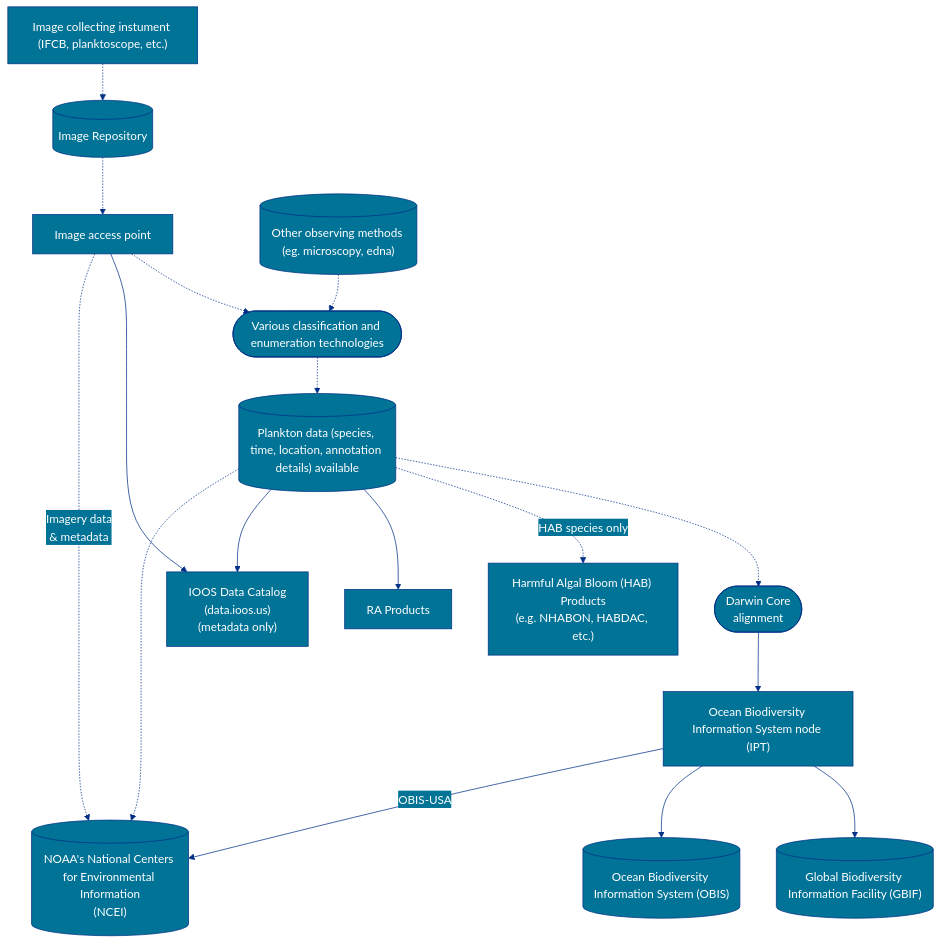
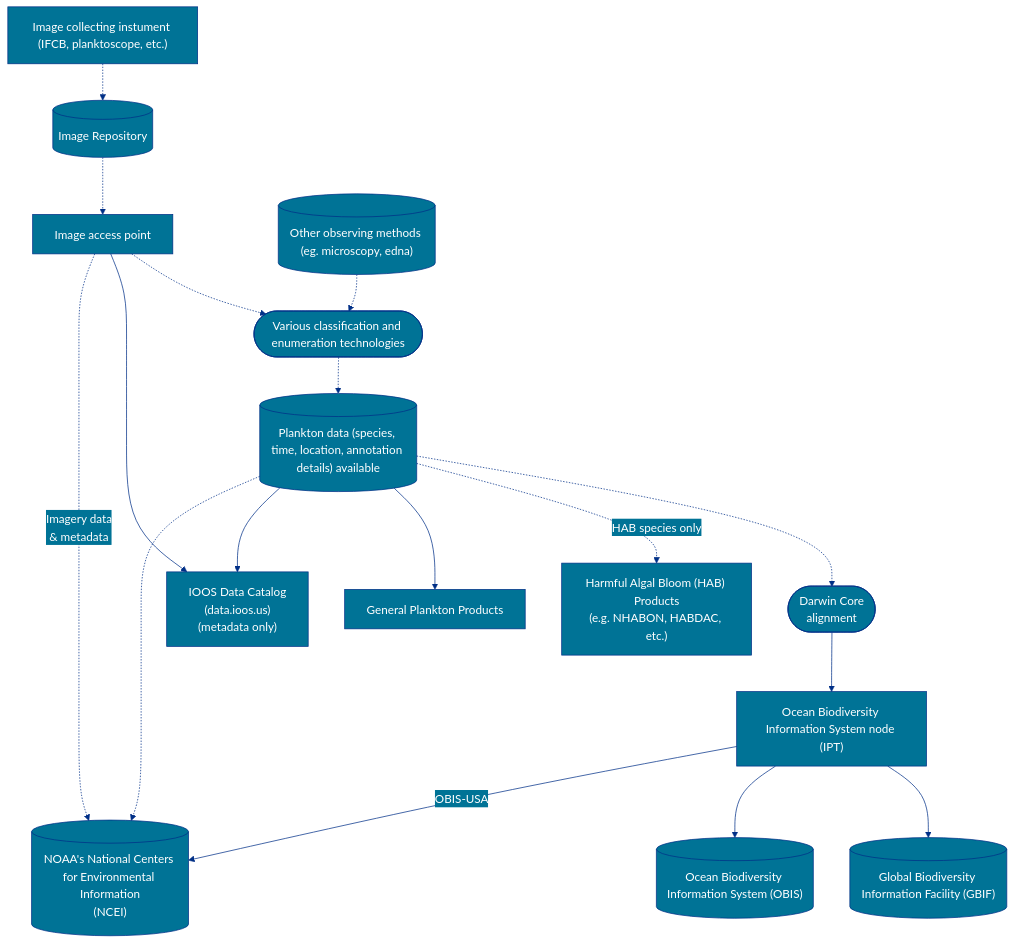
The fifth of 5 diagrams in _docs/index.md (ioos/marine_life_data_network), drawn with Mermaid before and after one commit.

````diff
--- a/_docs/index.md
+++ b/_docs/index.md
@@ -317,52 +317,52 @@
 ```mermaid
 %%{
   init: {
     'theme': 'base',
     'themeVariables': {
       'primaryColor': '#007396',
       'primaryTextColor': '#fff',
       'primaryBorderColor': '#003087',
       'lineColor': '#003087',
       'secondaryColor': '#007396',
       'tertiaryColor': '#CCD1D1'
     },
    'flowchart': { 'curve': 'basis' }
   }
 }%%
 
 flowchart TD
 
 A["Image collecting instument (IFCB, planktoscope, etc.)"]
 B["Image access point"]
 C([Darwin Core<br/>alignment])
 D([Various classification and enumeration technologies])
 E[("NOAA's National Centers for Environmental Information<br/>(NCEI)")]
 F["Ocean Biodiversity Information System node (IPT)"]
 G[("Global Biodiversity Information Facility (GBIF)")]
 H[("Ocean Biodiversity Information System (OBIS)")]
 I["IOOS Data Catalog<br/>(data.ioos.us)<br/>(metadata only)"]
 J["Harmful Algal Bloom (HAB) Products<br/>(e.g. NHABON, HABDAC, etc.)"]
-Z["RA Products"]
+Z["General Plankton Products"]
 K[("Image Repository")]
 X[("Plankton data (species, time, location, annotation details) available")]
 A1[("Other observing methods (eg. microscopy, edna)")]
 
 
 A1 -.-> D
 
 A -.-> K
 B -.-> D
 K -.-> B
 D -.-> X
 X -.-> C
 B --> I
 X -.->|HAB species only| J
 X --> Z
 X --> I
 B -.Imagery data<br/>& metadata.-> E
 C --> F
 F --> G
 F --> H
 F -- OBIS-USA --> E
 X -.-> E
 ```
````
